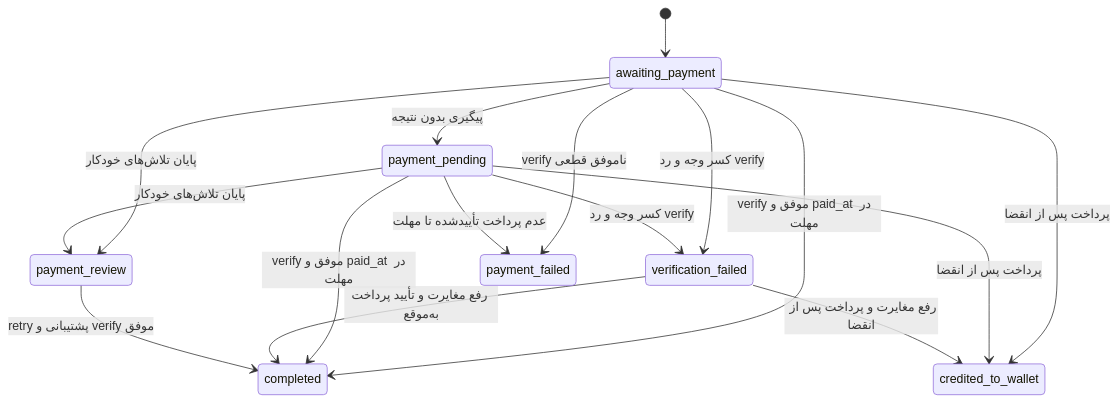
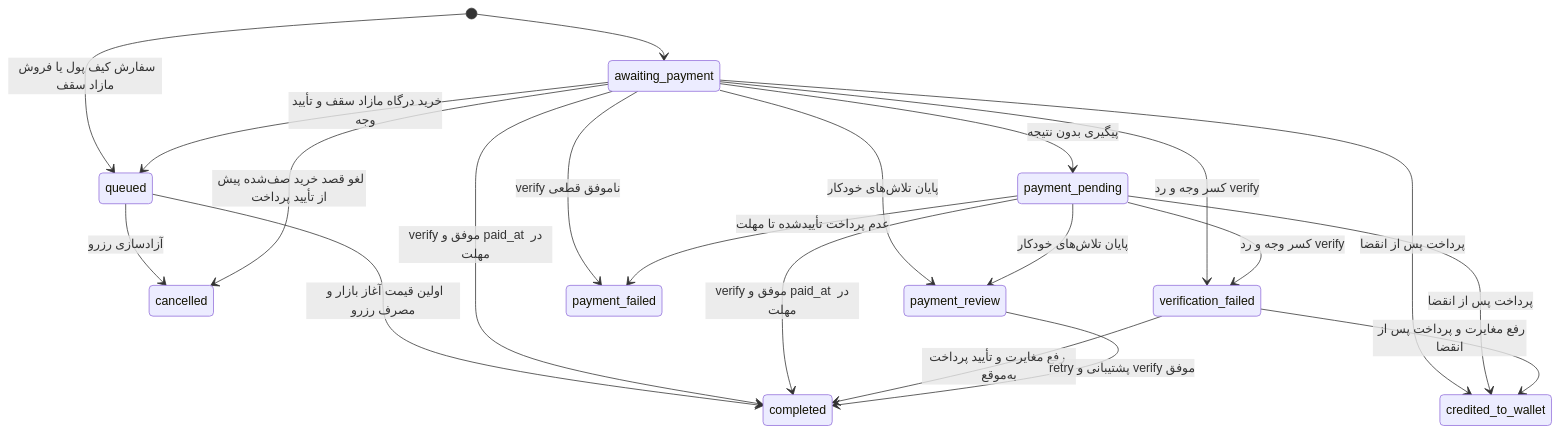
Before and after one commit to Mahdi-Ba/avand-investment-demo: the second of 2 diagrams in docs/ARCHITECTURE.md, drawn with Mermaid. The commit also changed other lines of this file and 14 other files, not shown here.

````diff
--- a/docs/ARCHITECTURE.md
+++ b/docs/ARCHITECTURE.md
@@ -52,18 +52,23 @@
 ```mermaid
 stateDiagram-v2
     [*] --> awaiting_payment
+    [*] --> queued: سفارش کیف پول یا فروش مازاد سقف
+    queued --> completed: اولین قیمت آغاز بازار و مصرف رزرو
+    queued --> cancelled: آزادسازی رزرو
+    awaiting_payment --> queued: خرید درگاه مازاد سقف و تأیید وجه
+    awaiting_payment --> cancelled: لغو قصد خرید صف‌شده پیش از تأیید پرداخت
     awaiting_payment --> payment_pending: پیگیری بدون نتیجه
     awaiting_payment --> completed: verify موفق و paid_at در مهلت
     payment_pending --> completed: verify موفق و paid_at در مهلت
     awaiting_payment --> credited_to_wallet: پرداخت پس از انقضا
     payment_pending --> credited_to_wallet: پرداخت پس از انقضا
     awaiting_payment --> verification_failed: کسر وجه و رد verify
     payment_pending --> verification_failed: کسر وجه و رد verify
     verification_failed --> completed: رفع مغایرت و تأیید پرداخت به‌موقع
     verification_failed --> credited_to_wallet: رفع مغایرت و پرداخت پس از انقضا
     awaiting_payment --> payment_review: پایان تلاش‌های خودکار
     payment_pending --> payment_review: پایان تلاش‌های خودکار
     payment_review --> completed: retry پشتیبانی و verify موفق
     awaiting_payment --> payment_failed: verify ناموفق قطعی
     payment_pending --> payment_failed: عدم پرداخت تأییدشده تا مهلت
 ```
````
